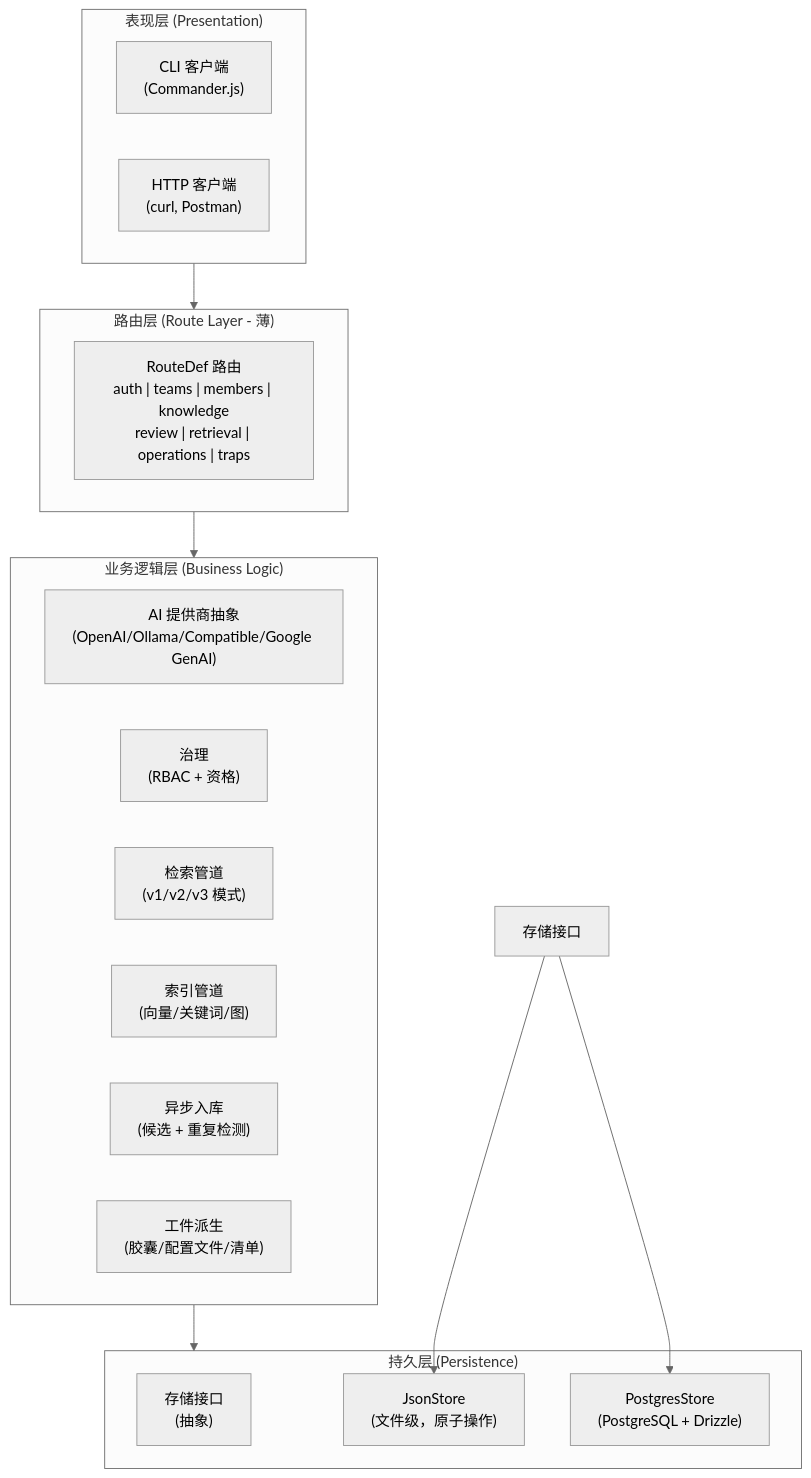
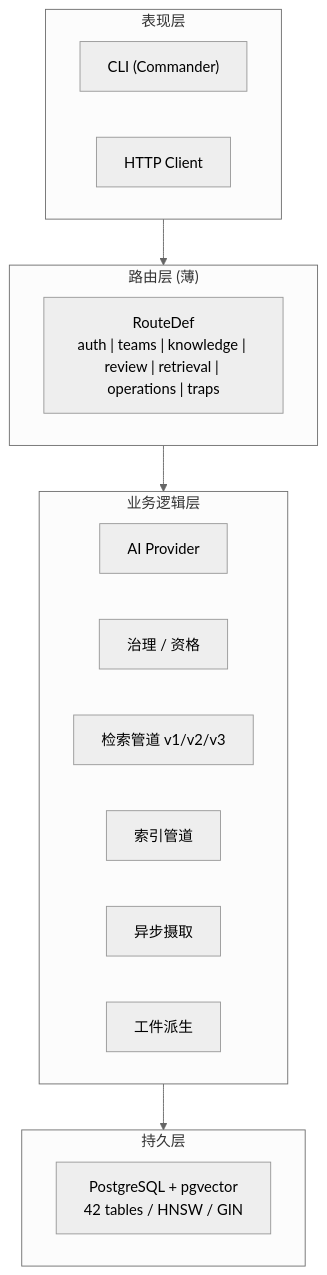
One commit to pofossette/TrapMap-for-vibing changed the first of 2 diagrams in docs/architecture/ARCHITECTURE.md. Above: the diagram before and after it, drawn with Mermaid (neutral theme). The commit also changed other lines of this file and 25 other files, not shown here.

````diff
--- a/docs/architecture/ARCHITECTURE.md
+++ b/docs/architecture/ARCHITECTURE.md
@@ -214,32 +59,22 @@
 ```mermaid
 flowchart TB
-    subgraph 表现层["表现层 (Presentation)"]
-        CLI["CLI 客户端<br/>(Commander.js)"]
-        HTTP["HTTP 客户端<br/>(curl, Postman)"]
+    subgraph Presentation["表现层"]
+        CLI["CLI (Commander)"]
+        HTTP["HTTP Client"]
     end
-
-    subgraph 路由层["路由层 (Route Layer - 薄)"]
-        Routes["RouteDef 路由<br/>auth | teams | members | knowledge<br/>review | retrieval | operations | traps"]
+    subgraph Route["路由层 (薄)"]
+        RD["RouteDef<br/>auth | teams | knowledge | review | retrieval | operations | traps"]
     end
-
-    subgraph 业务逻辑层["业务逻辑层 (Business Logic)"]
-        AI["AI 提供商抽象<br/>(OpenAI/Ollama/Compatible/Google GenAI)"]
-        Gov["治理<br/>(RBAC + 资格)"]
-        Ret["检索管道<br/>(v1/v2/v3 模式)"]
-        Idx["索引管道<br/>(向量/关键词/图)"]
-        Ing["异步入库<br/>(候选 + 重复检测)"]
-        Art["工件派生<br/>(胶囊/配置文件/清单)"]
+    subgraph Logic["业务逻辑层"]
+        AI["AI Provider"]
+        Gov["治理 / 资格"]
+        Ret["检索管道 v1/v2/v3"]
+        Idx["索引管道"]
+        Ing["异步摄取"]
+        Art["工件派生"]
     end
-
-    subgraph 持久层["持久层 (Persistence)"]
-        StoreInt["存储接口<br/>(抽象)"]
-        JsonStore["JsonStore<br/>(文件级，原子操作)"]
-        PgStore["PostgresStore<br/>(PostgreSQL + Drizzle)"]
+    subgraph Persist["持久层"]
+        PG["PostgreSQL + pgvector<br/>42 tables / HNSW / GIN"]
     end
-
-    表现层 --> 路由层
-    路由层 --> 业务逻辑层
-    业务逻辑层 --> 持久层
-    存储接口 --> JsonStore
-    存储接口 --> PgStore
+    Presentation --> Route --> Logic --> Persist
 ```
````
